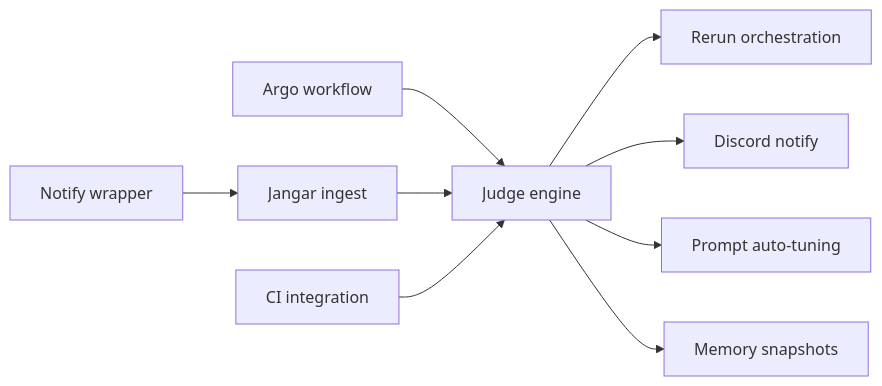
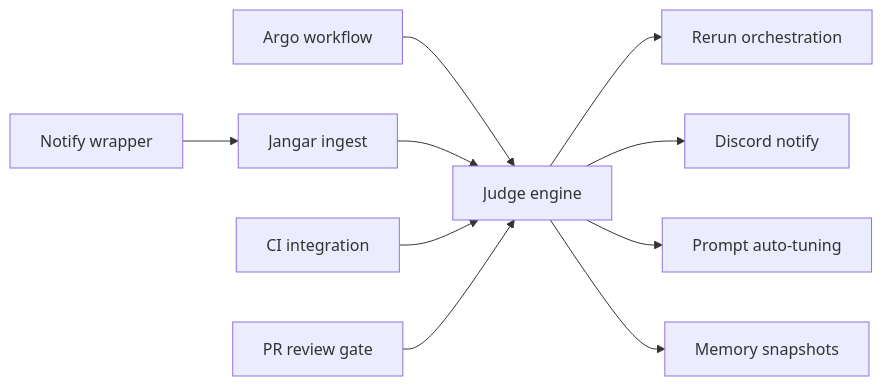
The diagram in docs/jangar/codex-judge-argo-implementation.md (proompteng/lab), drawn with Mermaid before and after one commit. The commit also changed other lines of this file and 1 other file, not shown here.

Commit message:
docs(jangar): finalize codex judge design

````diff
--- a/docs/jangar/codex-judge-argo-implementation.md
+++ b/docs/jangar/codex-judge-argo-implementation.md
@@ -31,11 +33,12 @@
 ```mermaid
 flowchart LR
-  A[Argo workflow] --> E[Judge engine]
+  A[Argo workflow] --> F[Judge engine]
   B[Notify wrapper] --> C[Jangar ingest]
-  C --> E
-  D[CI integration] --> E
-  E --> F[Rerun orchestration]
-  E --> G[Discord notify]
-  E --> H[Prompt auto-tuning]
-  E --> I[Memory snapshots]
+  C --> F
+  D[CI integration] --> F
+  E[PR review gate] --> F
+  F --> G[Rerun orchestration]
+  F --> H[Discord notify]
+  F --> I[Prompt auto-tuning]
+  F --> J[Memory snapshots]
 ```
````
